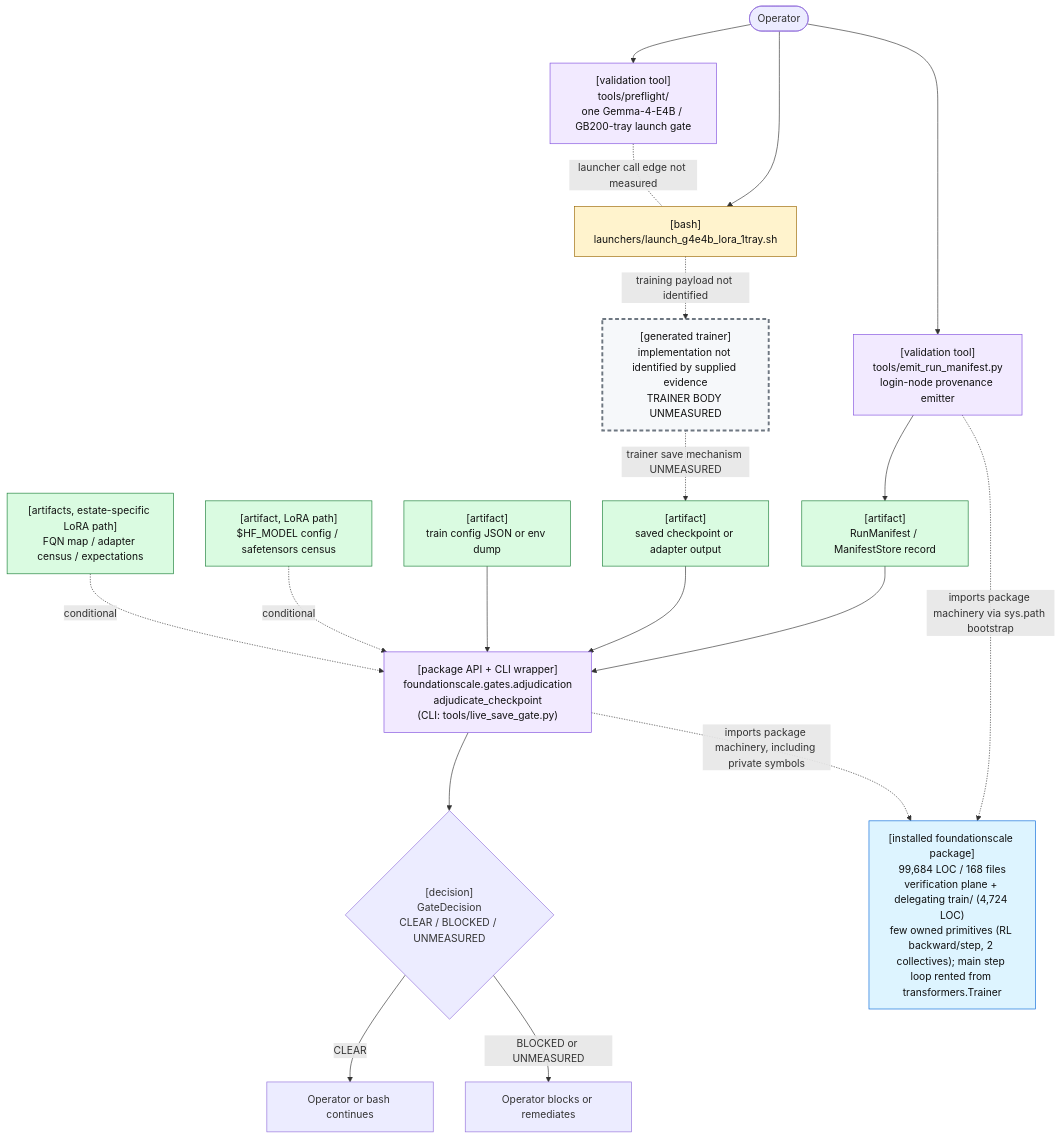
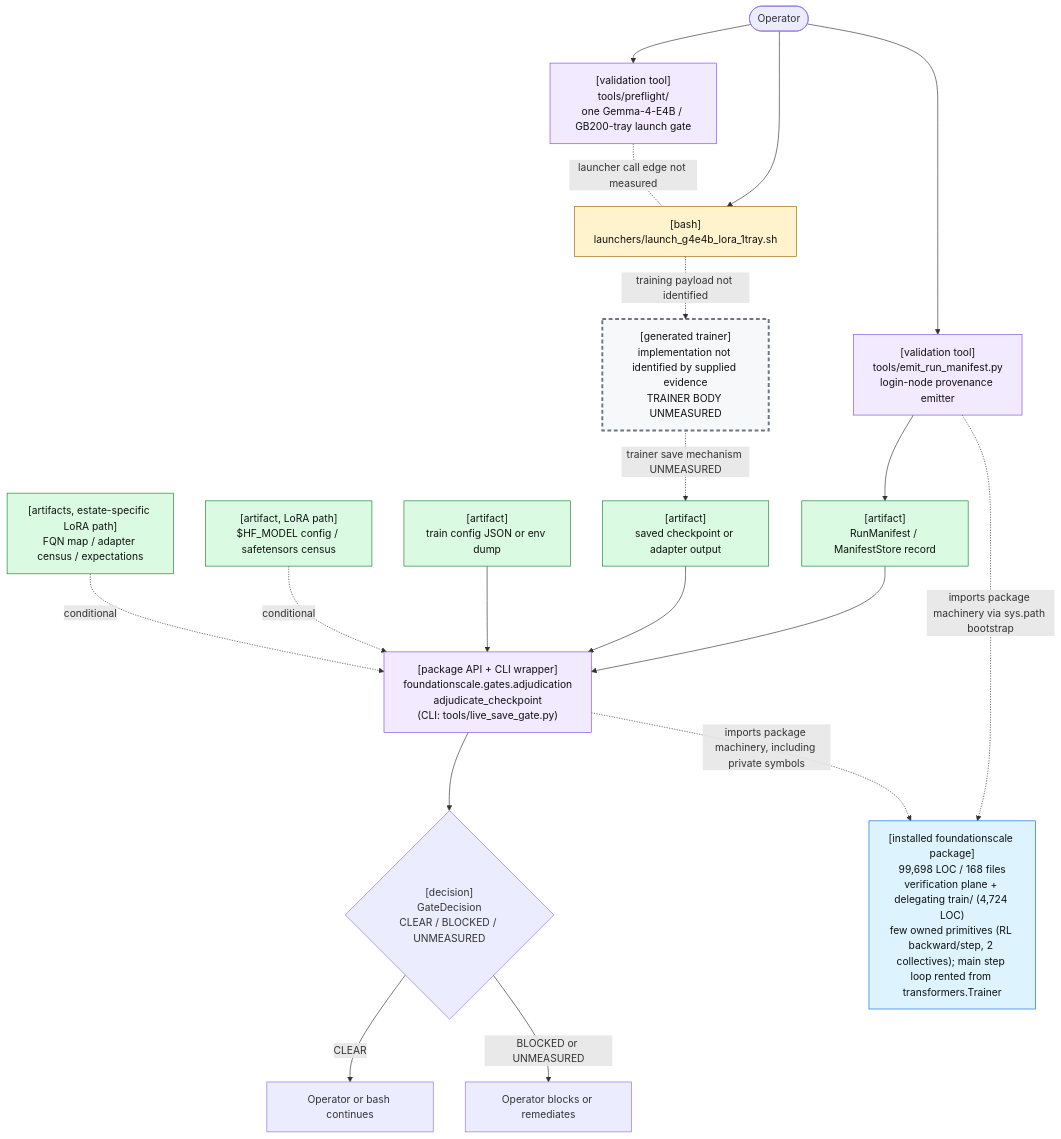
One commit to TranNhiem/FoundationScale changed the first of 2 diagrams in docs/review/D2_current_architecture.md. Above: the diagram before and after it, drawn with Mermaid. The commit also changed other lines of this file and 10 other files, not shown here.

````diff
--- a/docs/review/D2_current_architecture.md
+++ b/docs/review/D2_current_architecture.md
@@ -25,59 +25,59 @@
 ```mermaid
 flowchart TB
   O(["Operator"])
 
   PF["[validation tool]<br/>tools/preflight/<br/>one Gemma-4-E4B / GB200-tray launch gate"]
   L["[bash]<br/>launchers/launch_g4e4b_lora_1tray.sh"]
 
   E["[validation tool]<br/>tools/emit_run_manifest.py<br/>login-node provenance emitter"]
   M["[artifact]<br/>RunManifest / ManifestStore record"]
 
   T["[generated trainer]<br/>implementation not identified by supplied evidence<br/>TRAINER BODY UNMEASURED"]
   C["[artifact]<br/>saved checkpoint or adapter output"]
 
   G["[package API + CLI wrapper]<br/>foundationscale.gates.adjudication<br/>adjudicate_checkpoint<br/>(CLI: tools/live_save_gate.py)"]
   CFG["[artifact]<br/>train config JSON or env dump"]
   BASE["[artifact, LoRA path]<br/>$HF_MODEL config / safetensors census"]
   CEN["[artifacts, estate-specific LoRA path]<br/>FQN map / adapter census / expectations"]
 
   D{"[decision]<br/>GateDecision<br/>CLEAR / BLOCKED / UNMEASURED"}
   OK["Operator or bash continues"]
   NO["Operator blocks or remediates"]
 
-  PKG["[installed foundationscale package]<br/>99,684 LOC / 168 files<br/>verification plane + delegating train/ (4,724 LOC)<br/>few owned primitives (RL backward/step, 2 collectives); main step loop rented from transformers.Trainer"]
+  PKG["[installed foundationscale package]<br/>99,698 LOC / 168 files<br/>verification plane + delegating train/ (4,724 LOC)<br/>few owned primitives (RL backward/step, 2 collectives); main step loop rented from transformers.Trainer"]
 
   O --> PF
   O --> L
   PF -. "launcher call edge not measured" .- L
 
   O --> E
   E --> M
 
   L -. "training payload not identified" .-> T
   T -. "trainer save mechanism UNMEASURED" .-> C
 
   M --> G
   C --> G
   CFG --> G
   BASE -. "conditional" .-> G
   CEN -. "conditional" .-> G
 
   E -. "imports package machinery via sys.path bootstrap" .-> PKG
   G -. "imports package machinery, including private symbols" .-> PKG
 
   G --> D
   D -->|"CLEAR"| OK
   D -->|"BLOCKED or UNMEASURED"| NO
 
   classDef bash fill:#fff3cd,stroke:#9a6700,color:#111;
   classDef tool fill:#f2eaff,stroke:#8250df,color:#111;
   classDef artifact fill:#dafbe1,stroke:#1a7f37,color:#111;
   classDef gap fill:#f6f8fa,stroke:#6e7781,stroke-width:3px,stroke-dasharray: 6 4,color:#111;
   classDef pkg fill:#ddf4ff,stroke:#0969da,color:#111;
 
   class L bash;
   class PF,E,G tool;
   class M,C,CFG,BASE,CEN artifact;
   class T gap;
   class PKG pkg;
 ```
````
